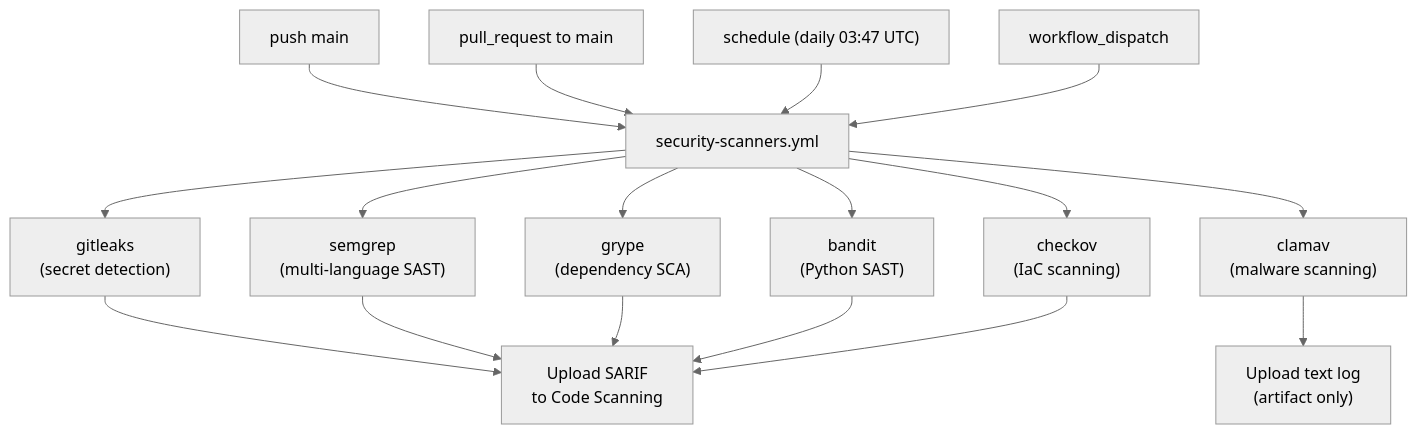
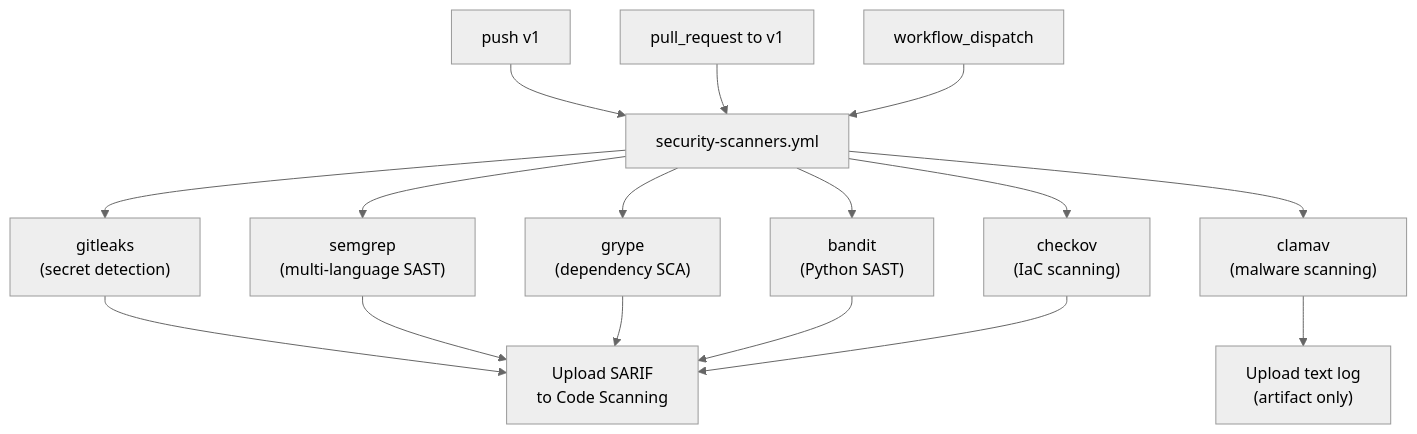
The third of 4 diagrams in docs/ADMINISTRATIVE_GUIDE.md (awslabs/aidlc-workflows), drawn with Mermaid (neutral theme) before and after one commit. The commit also changed other lines of this file and 16 other files, not shown here.

````diff
--- a/docs/ADMINISTRATIVE_GUIDE.md
+++ b/docs/ADMINISTRATIVE_GUIDE.md
@@ -139,21 +136,20 @@
 ```mermaid
 flowchart TD
-    A["push main"] --> G["security-scanners.yml"]
-    B["pull_request to main"] --> G
-    C["schedule (daily 03:47 UTC)"] --> G
+    A["push v1"] --> G["security-scanners.yml"]
+    B["pull_request to v1"] --> G
     D["workflow_dispatch"] --> G
 
     G --> H["gitleaks\n(secret detection)"]
     G --> I["semgrep\n(multi-language SAST)"]
     G --> J["grype\n(dependency SCA)"]
     G --> K["bandit\n(Python SAST)"]
     G --> L["checkov\n(IaC scanning)"]
     G --> M["clamav\n(malware scanning)"]
 
     H --> N["Upload SARIF\nto Code Scanning"]
     I --> N
     J --> N
     K --> N
     L --> N
     M --> O["Upload text log\n(artifact only)"]
 ```
````
